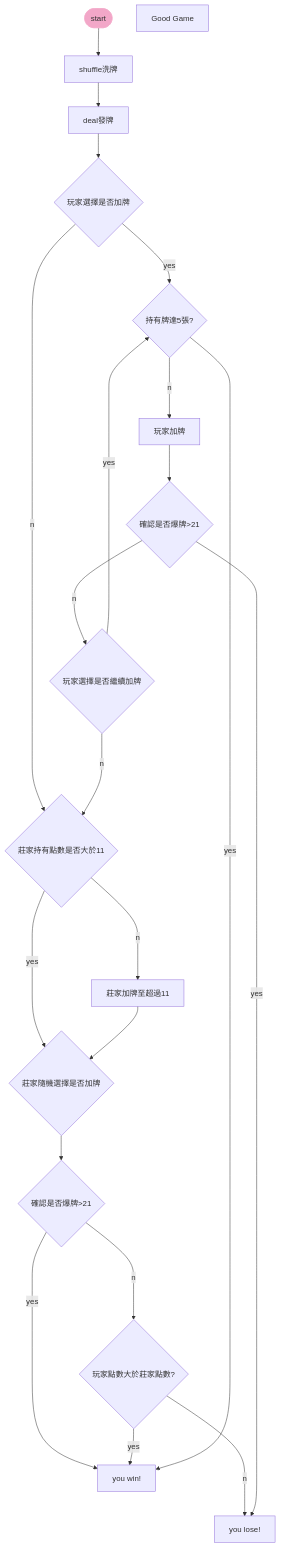
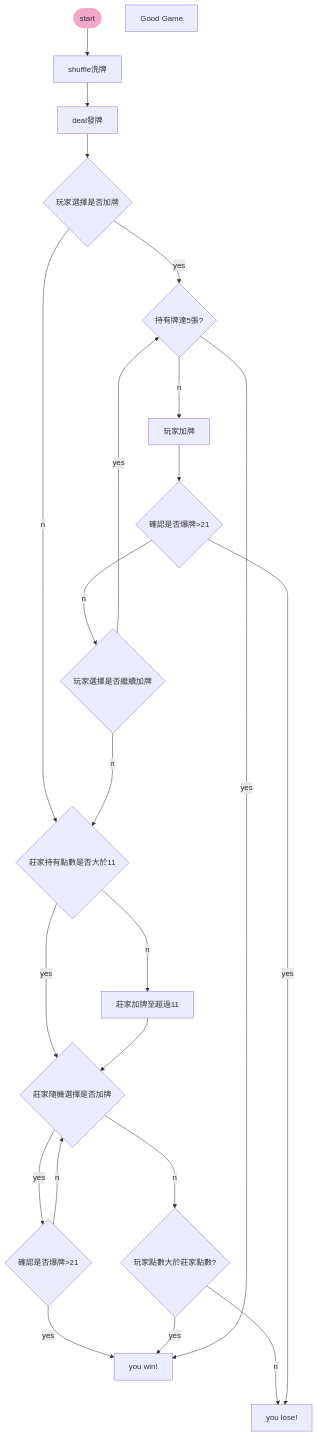
The diagram in README.md (windware1203/Digital_electronics_study), drawn with Mermaid before and after one commit. The commit also changed other lines of this file, not shown here.

````diff
--- a/README.md
+++ b/README.md
@@ -104,67 +104,68 @@
 ```mermaid
 %%$Author:[name=武田奈々]、[name=侯正成]
 flowchart TB;
 classDef startClass fill:#f2a7c8;
 classDef startClass stroke:#f2a7c8;
 
 classDef winlass fill:##87A330;
 classDef winClass stroke:##87A330;
 
 classDef loseClass fill:##87BCDE;
 classDef loseClass stroke:##87BCDE;
     %%*********************************/
     %% Start
     
     Start([start]):::startClass-->
     shuffle洗牌-->deal
     -->playerChoose
     playerChoose--yes-->passFive
     
     passFive--no-->plus
     
     plus-->checkGG
     
     playerChoose--no-->dealerPlus
     checkGG--no-->playerAgain
     
     
     playerAgain--yes-->passFive
     playerAgain--no-->dealerPlus
     
     dealerPlus--yes-->dealerChoose
-    dealerPlus--no-->dealerPP-->dealerChoose
-    -->checkGG2
-    checkGG2--no-->fight
+    dealerPlus--no-->dealerPP-->
+    dealerChoose--yes-->checkGG2
+    dealerChoose--no-->fight
+    checkGG2--no-->dealerChoose
     checkGG2--yes-->win
     fight--yes-->win
     fight--no-->lose
     
     
     
     checkGG--yes-->lose
     passFive--yes-->win
     %%*********************************/
     %% The information of Nodes
     %% Ex: nodeName[Text] 方框 ([])圓角方框 {}菱形大框框(確實)
     
     deal[deal發牌]
     plus[玩家加牌]
     dealerPP[莊家加牌至超過11]
     playerChoose{玩家選擇是否加牌}
     playerAgain{玩家選擇是否繼續加牌}
     dealerChoose{莊家隨機選擇是否加牌}
     dealerPlus{莊家持有點數是否大於11}
     passFive{持有牌達5張?}
     checkGG{確認是否爆牌>21}
     checkGG2{確認是否爆牌>21}
     fight{玩家點數大於莊家點數?}
     win[you win!]:::winClass
     lose[you lose!]:::loseClass
     
     GG[Good Game]
  
   
  
   
     %%*********************************/
 ```
````
